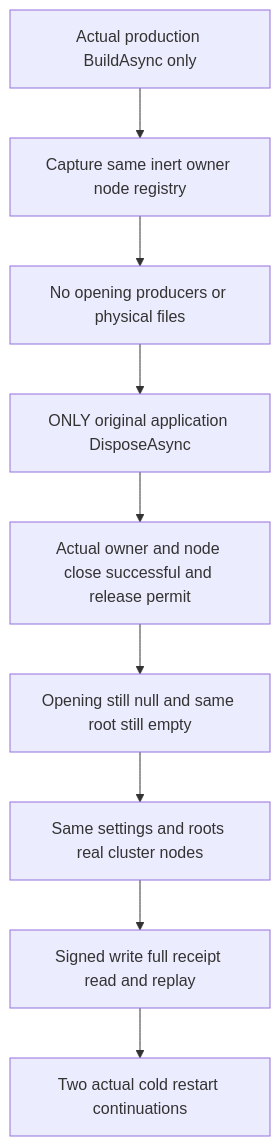
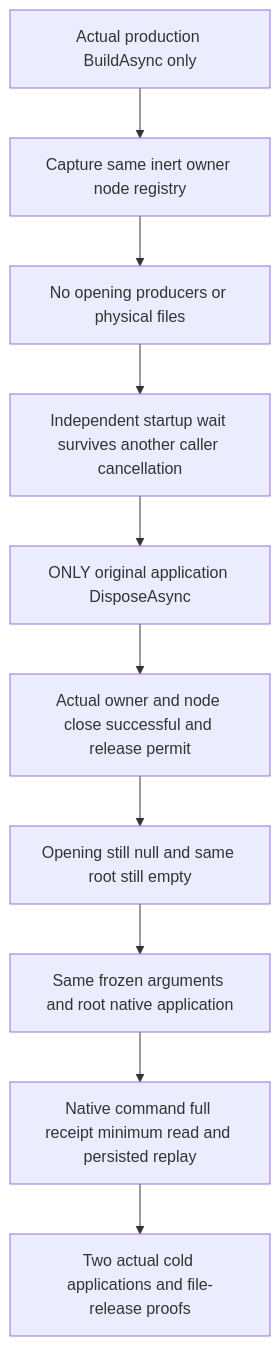
Before and after one commit to managedcode/KeyLoad: the diagram in docs/Features/StorageRecovery/NativePreStartApplicationDisposal.md, drawn with Mermaid. The commit also changed other lines of this file and 16 other files, not shown here.

````diff
--- a/docs/Features/StorageRecovery/NativePreStartApplicationDisposal.md
+++ b/docs/Features/StorageRecovery/NativePreStartApplicationDisposal.md
@@ -11,11 +13,12 @@
 ```mermaid
 flowchart TD
     Build[Actual production BuildAsync only] --> Capture[Capture same inert owner node registry]
     Capture --> Empty[No opening producers or physical files]
-    Empty --> Dispose[ONLY original application DisposeAsync]
+    Empty --> Wait[Independent startup wait survives another caller cancellation]
+    Wait --> Dispose[ONLY original application DisposeAsync]
     Dispose --> Permit[Actual owner and node close successful and release permit]
     Permit --> StillEmpty[Opening still null and same root still empty]
-    StillEmpty --> Group[Same settings and roots real cluster nodes]
-    Group --> Signed[Signed write full receipt read and replay]
-    Signed --> Cold[Two actual cold restart continuations]
+    StillEmpty --> Application[Same frozen arguments and root native application]
+    Application --> Command[Native command full receipt minimum read and persisted replay]
+    Command --> Cold[Two actual cold applications and file-release proofs]
 ```
````
